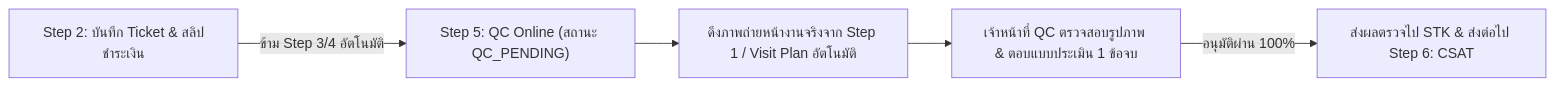
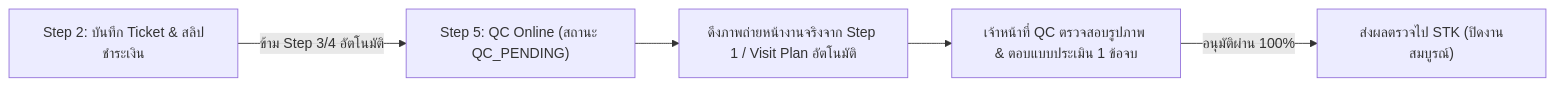
Before and after one commit to isarachootip/pmt_flow: the third of 5 diagrams in doc/คู่มือการใช้งาน_Step6_ตรวจรับรองคุณภาพQC.md, drawn with Mermaid. The commit also changed other lines of this file and 8 other files, not shown here.

````diff
--- a/doc/คู่มือการใช้งาน_Step6_ตรวจรับรองคุณภาพQC.md
+++ b/doc/คู่มือการใช้งาน_Step6_ตรวจรับรองคุณภาพQC.md
@@ -111,7 +117,7 @@
 ```mermaid
 graph LR
     S2["Step 2: บันทึก Ticket & สลิปชำระเงิน"] -->|ข้าม Step 3/4 อัตโนมัติ| QC["Step 5: QC Online (สถานะ QC_PENDING)"]
     QC --> VP["ดึงภาพถ่ายหน้างานจริงจาก Step 1 / Visit Plan อัตโนมัติ"]
     VP --> Review["เจ้าหน้าที่ QC ตรวจสอบรูปภาพ & ตอบแบบประเมิน 1 ข้อจบ"]
-    Review -->|อนุมัติผ่าน 100%| STK["ส่งผลตรวจไป STK & ส่งต่อไป Step 6: CSAT"]
+    Review -->|อนุมัติผ่าน 100%| STK["ส่งผลตรวจไป STK (ปิดงานสมบูรณ์)"]
 ```
````
